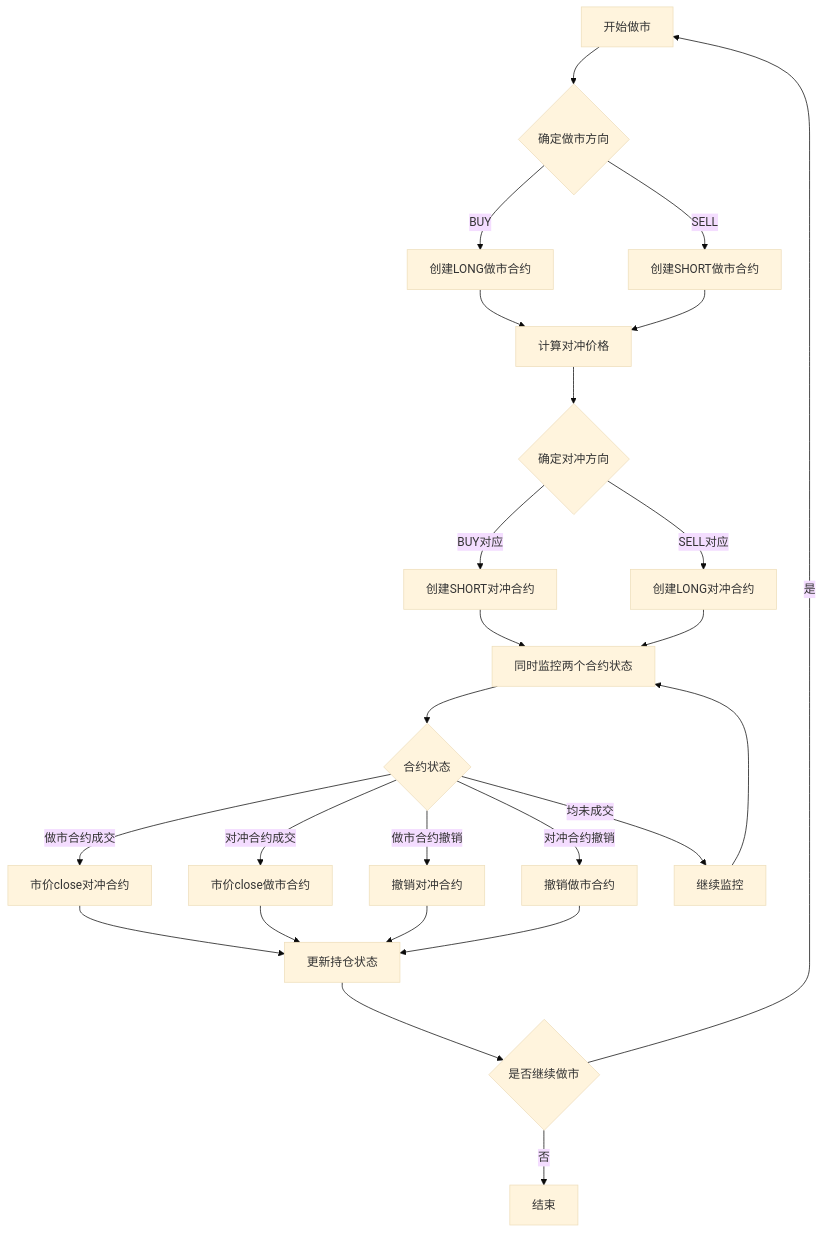
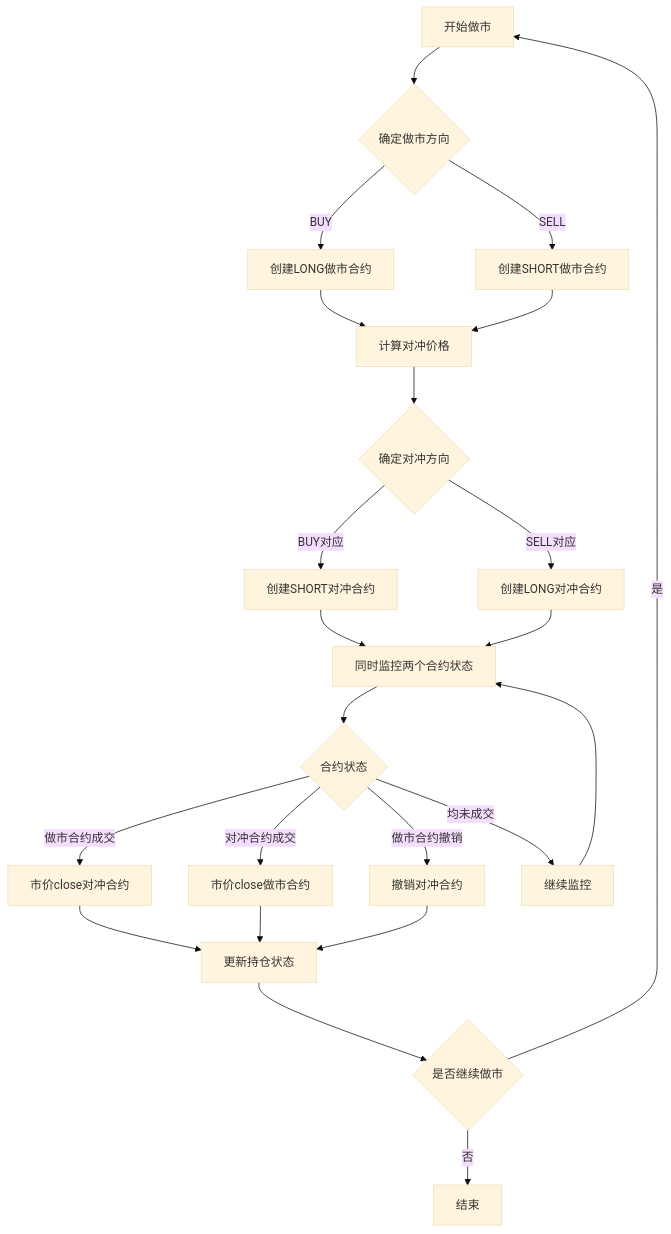
Before and after one commit to King-Jump/tuna-py: the diagram in docs/future_hedger_design(chinese).md, drawn with Mermaid (base theme).

Commit message:
修正流程图，移除主动撤销对冲合约的分支

````diff
--- a/docs/future_hedger_design(chinese).md
+++ b/docs/future_hedger_design(chinese).md
@@ -24,27 +24,25 @@
 ```mermaid
 flowchart TD
     A[开始做市] --> B{确定做市方向}
     B -->|BUY| C[创建LONG做市合约]
     B -->|SELL| D[创建SHORT做市合约]
     C --> E[计算对冲价格]
     D --> E
     E --> F{确定对冲方向}
     F -->|BUY对应| G[创建SHORT对冲合约]
     F -->|SELL对应| H[创建LONG对冲合约]
     G --> I[同时监控两个合约状态]
     H --> I
     I --> J{合约状态}
     J -->|做市合约成交| K[市价close对冲合约]
     J -->|对冲合约成交| L[市价close做市合约]
     J -->|做市合约撤销| M[撤销对冲合约]
-    J -->|对冲合约撤销| N[撤销做市合约]
-    J -->|均未成交| O[继续监控]
-    K --> P[更新持仓状态]
-    L --> P
-    M --> P
-    N --> P
-    O --> I
-    P --> Q{是否继续做市}
-    Q -->|是| A
-    Q -->|否| R[结束]
+    J -->|均未成交| N[继续监控]
+    K --> O[更新持仓状态]
+    L --> O
+    M --> O
+    N --> I
+    O --> P{是否继续做市}
+    P -->|是| A
+    P -->|否| Q[结束]
 ```
````
